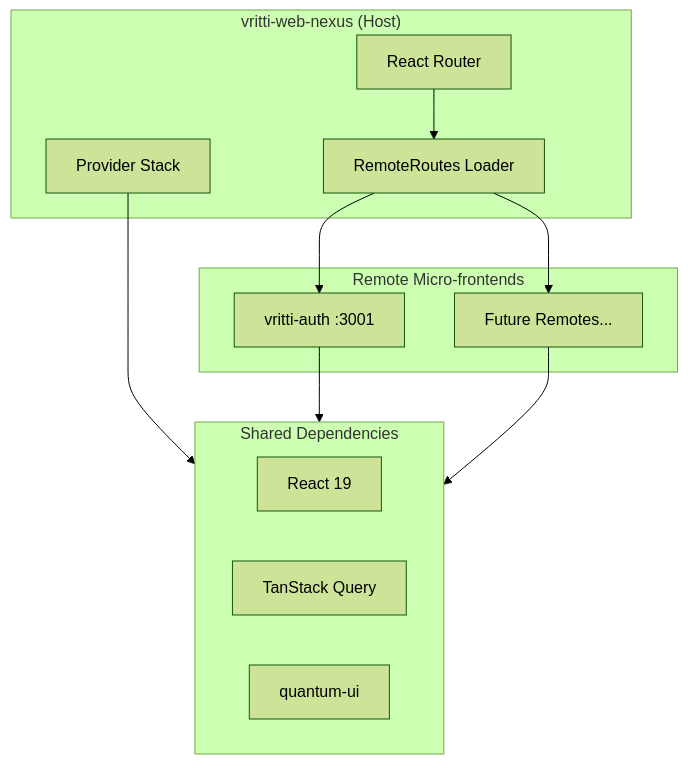
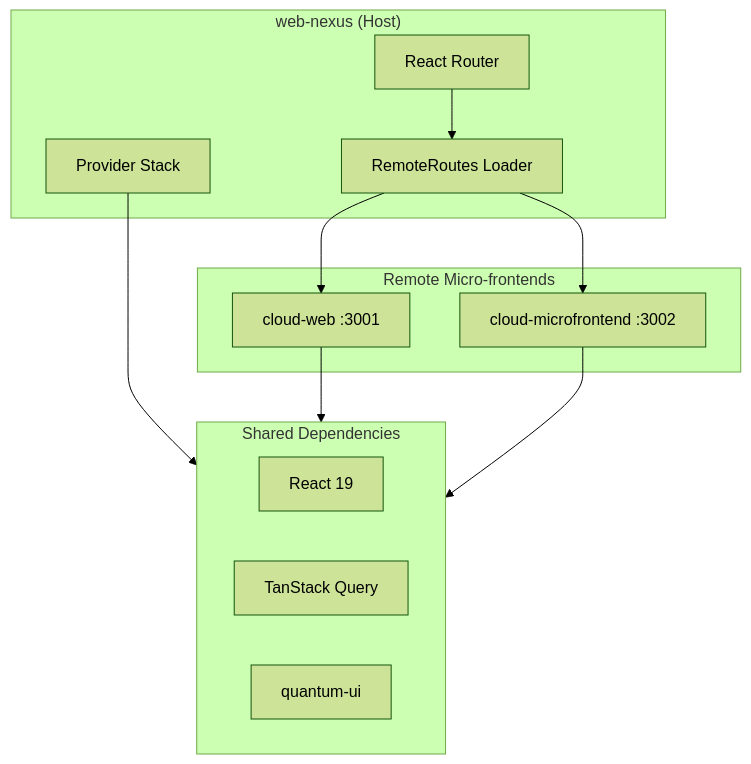
The diagram in projects/web-nexus/overview.mdx (vritti-ai-platforms/developer-docs), drawn with Mermaid (forest theme) before and after one commit. The commit also changed other lines of this file and 11 other files, not shown here.

First line of the commit message:
refactor: update project name and micro-frontend references in web-nexus documentation

````diff
--- a/projects/web-nexus/overview.mdx
+++ b/projects/web-nexus/overview.mdx
@@ -37,26 +37,26 @@
 ```mermaid
 flowchart TB
-    subgraph Host["vritti-web-nexus (Host)"]
+    subgraph Host["web-nexus (Host)"]
         Router[React Router]
         Providers[Provider Stack]
         RemoteLoader[RemoteRoutes Loader]
     end
 
     subgraph Remotes["Remote Micro-frontends"]
-        Auth[vritti-auth :3001]
-        Future[Future Remotes...]
+        CloudWeb[cloud-web :3001]
+        CloudMF[cloud-microfrontend :3002]
     end
 
     subgraph Shared["Shared Dependencies"]
         ReactLib[React 19]
         QueryLib[TanStack Query]
         UILib[quantum-ui]
     end
 
     Router --> RemoteLoader
-    RemoteLoader --> Auth
-    RemoteLoader --> Future
+    RemoteLoader --> CloudWeb
+    RemoteLoader --> CloudMF
     Providers --> Shared
-    Auth --> Shared
-    Future --> Shared
+    CloudWeb --> Shared
+    CloudMF --> Shared
 ```
````
